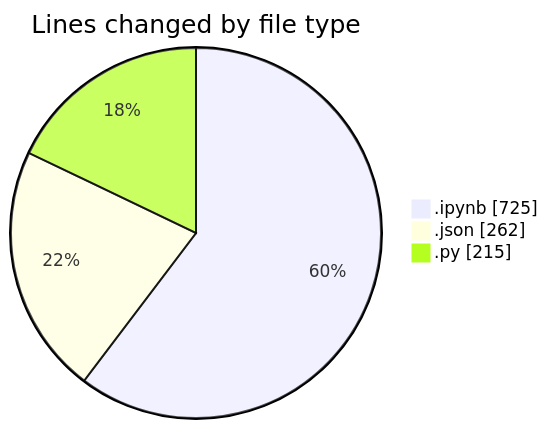
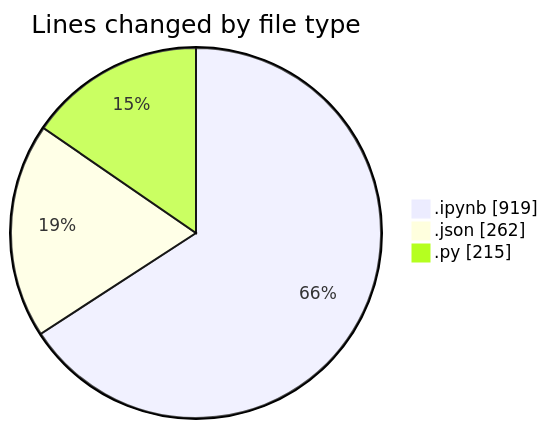
Before and after one commit to idhammustaqopulfikri/code-tracking: the first of 2 diagrams in 2025-10-13/mencoba/README.md, drawn with Mermaid. The commit also changed other lines of this file and 1 other file, not shown here.

````diff
--- a/2025-10-13/mencoba/README.md
+++ b/2025-10-13/mencoba/README.md
@@ -23,7 +23,7 @@
 ```mermaid
 pie showData
 title Lines changed by file type
-".ipynb" : 725
+".ipynb" : 919
 ".json" : 262
 ".py" : 215
 ```
````
